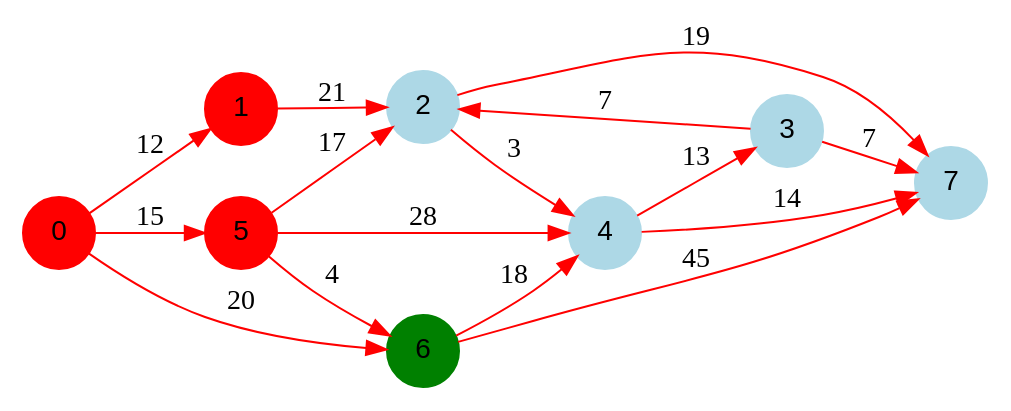
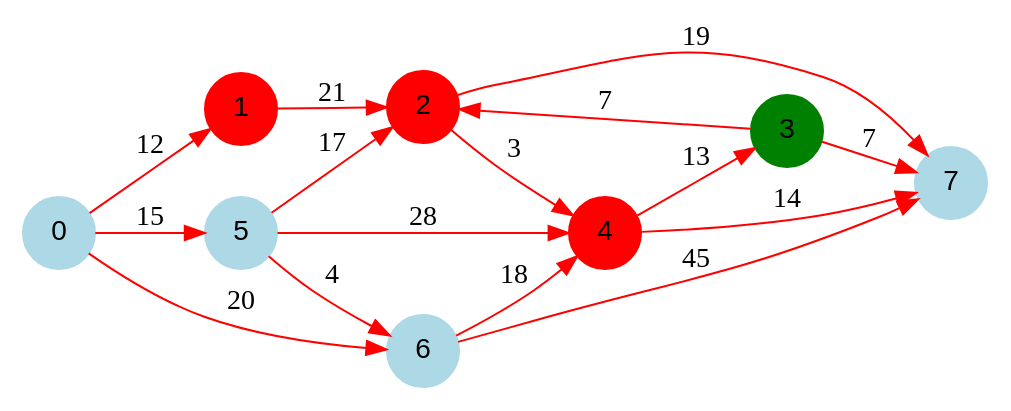
The diagram in programme1/output/dotFiles/graph1/graph1_3.dot (benech17/Shortest-Path), drawn with Graphviz before and after one commit. The commit also changed 19 other files, not shown here.

```diff
--- a/programme1/output/dotFiles/graph1/graph1_3.dot
+++ b/programme1/output/dotFiles/graph1/graph1_3.dot
@@ -1,27 +1,27 @@
 digraph graphe {
 rankdir = LR;
 edge [color=red];
-0 [fontname="Arial", shape = circle, color=red, style=filled];
+0 [fontname="Arial", shape = circle, color=lightblue, style=filled];
 1 [fontname="Arial", shape = circle, color=red, style=filled];
-2 [fontname="Arial", shape = circle, color=lightblue, style=filled];
-3 [fontname="Arial", shape = circle, color=lightblue, style=filled];
-4 [fontname="Arial", shape = circle, color=lightblue, style=filled];
-5 [fontname="Arial", shape = circle, color=red, style=filled];
-6 [fontname="Arial", shape = circle, color=green, style=filled];
+2 [fontname="Arial", shape = circle, color=red, style=filled];
+3 [fontname="Arial", shape = circle, color=green, style=filled];
+4 [fontname="Arial", shape = circle, color=red, style=filled];
+5 [fontname="Arial", shape = circle, color=lightblue, style=filled];
+6 [fontname="Arial", shape = circle, color=lightblue, style=filled];
 7 [fontname="Arial", shape = circle, color=lightblue, style=filled];
 	0 -> 1 [label = "12"];
 	0 -> 5 [label = "15"];
 	0 -> 6 [label = "20"];
 	1 -> 2 [label = "21"];
 	2 -> 4 [label = "3"];
 	2 -> 7 [label = "19"];
 	3 -> 2 [label = "7"];
 	3 -> 7 [label = "7"];
 	4 -> 3 [label = "13"];
 	4 -> 7 [label = "14"];
 	5 -> 2 [label = "17"];
 	5 -> 4 [label = "28"];
 	5 -> 6 [label = "4"];
 	6 -> 4 [label = "18"];
 	6 -> 7 [label = "45"];
 }
```
